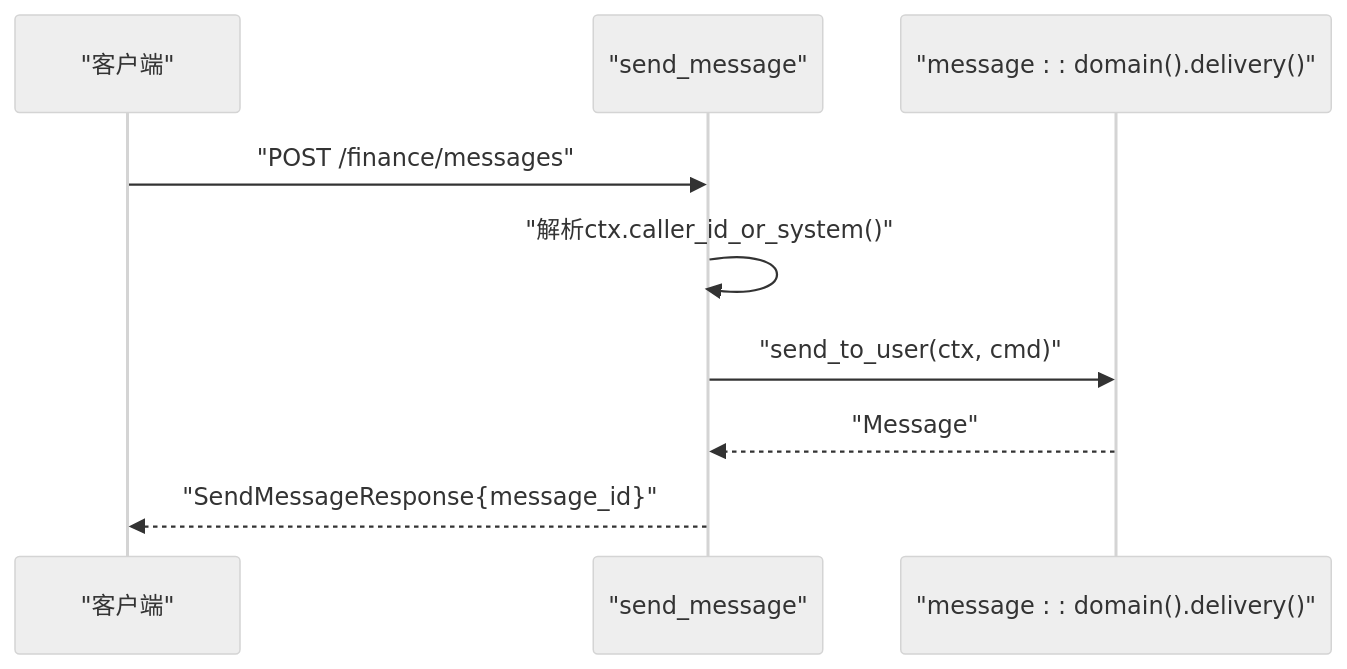
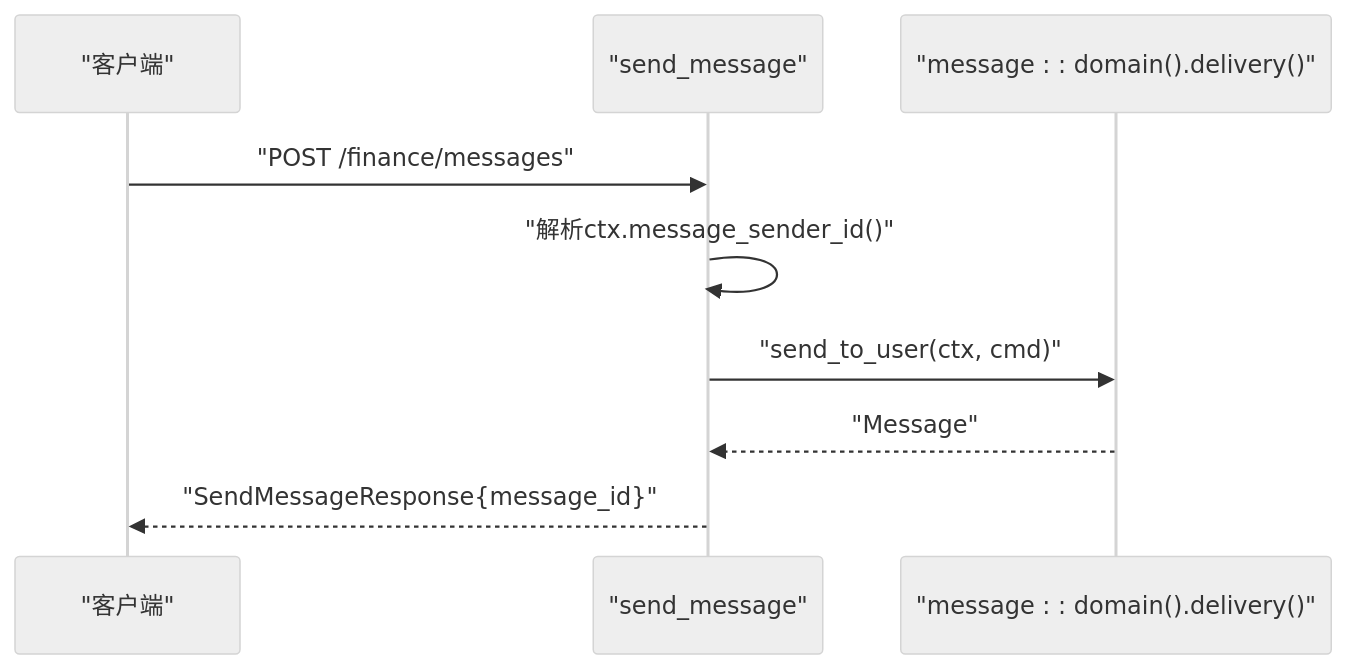
One commit to runningcoders/ai_orz changed the fifth of 9 diagrams in docs/wiki/zh/content/核心模块/处理器层/Finance模块处理器/Finance模块处理器.md. Above: the diagram before and after it, drawn with Mermaid (neutral theme). The commit also changed other lines of this file and 11 other files, not shown here.

````diff
--- a/docs/wiki/zh/content/核心模块/处理器层/Finance模块处理器/Finance模块处理器.md
+++ b/docs/wiki/zh/content/核心模块/处理器层/Finance模块处理器/Finance模块处理器.md
@@ -249,11 +249,11 @@
 ```mermaid
 sequenceDiagram
 participant Client as "客户端"
 participant H as "send_message"
 participant Msg as "message : : domain().delivery()"
 Client->>H : "POST /finance/messages"
-H->>H : "解析ctx.caller_id_or_system()"
+H->>H : "解析ctx.message_sender_id()"
 H->>Msg : "send_to_user(ctx, cmd)"
 Msg-->>H : "Message"
 H-->>Client : "SendMessageResponse{message_id}"
 ```
````
